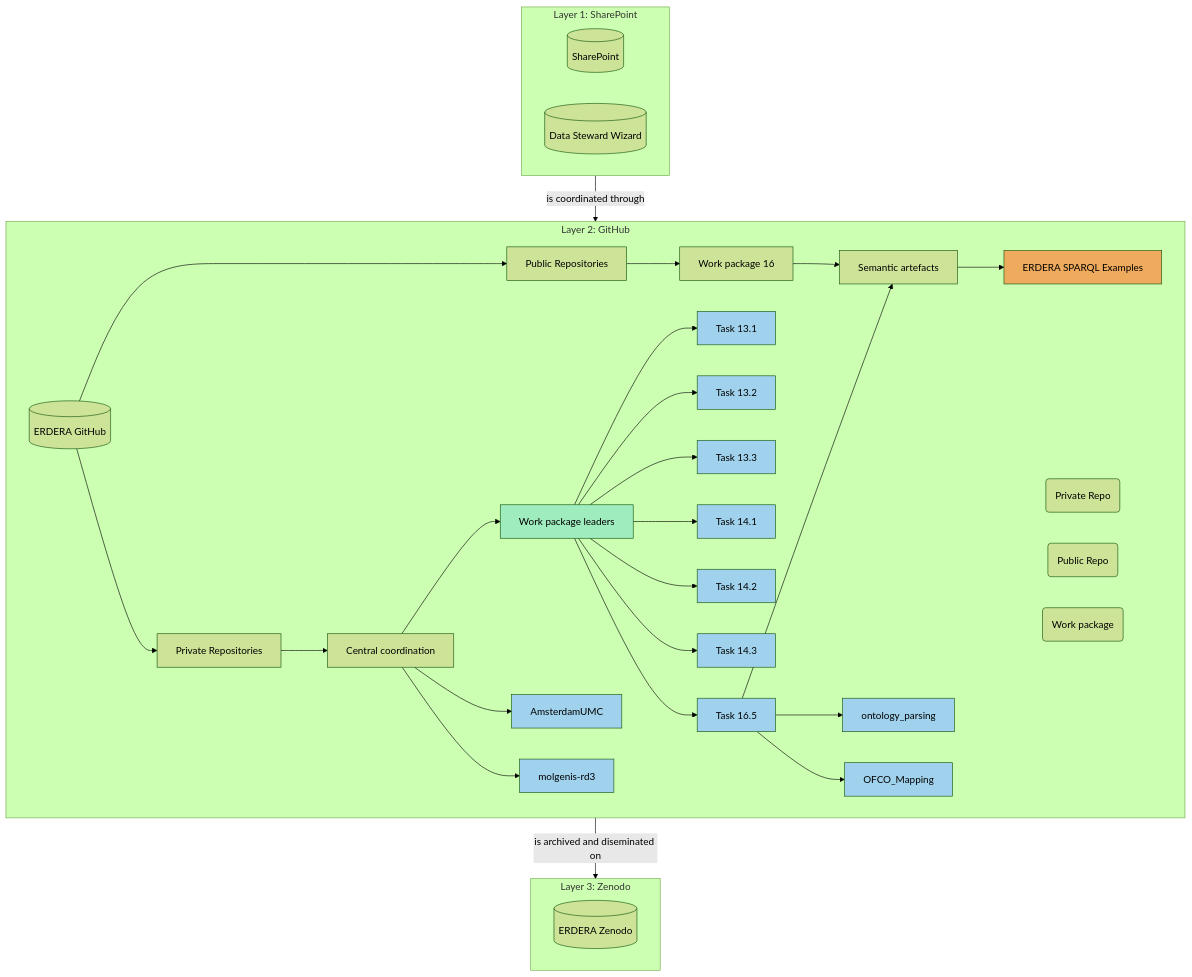
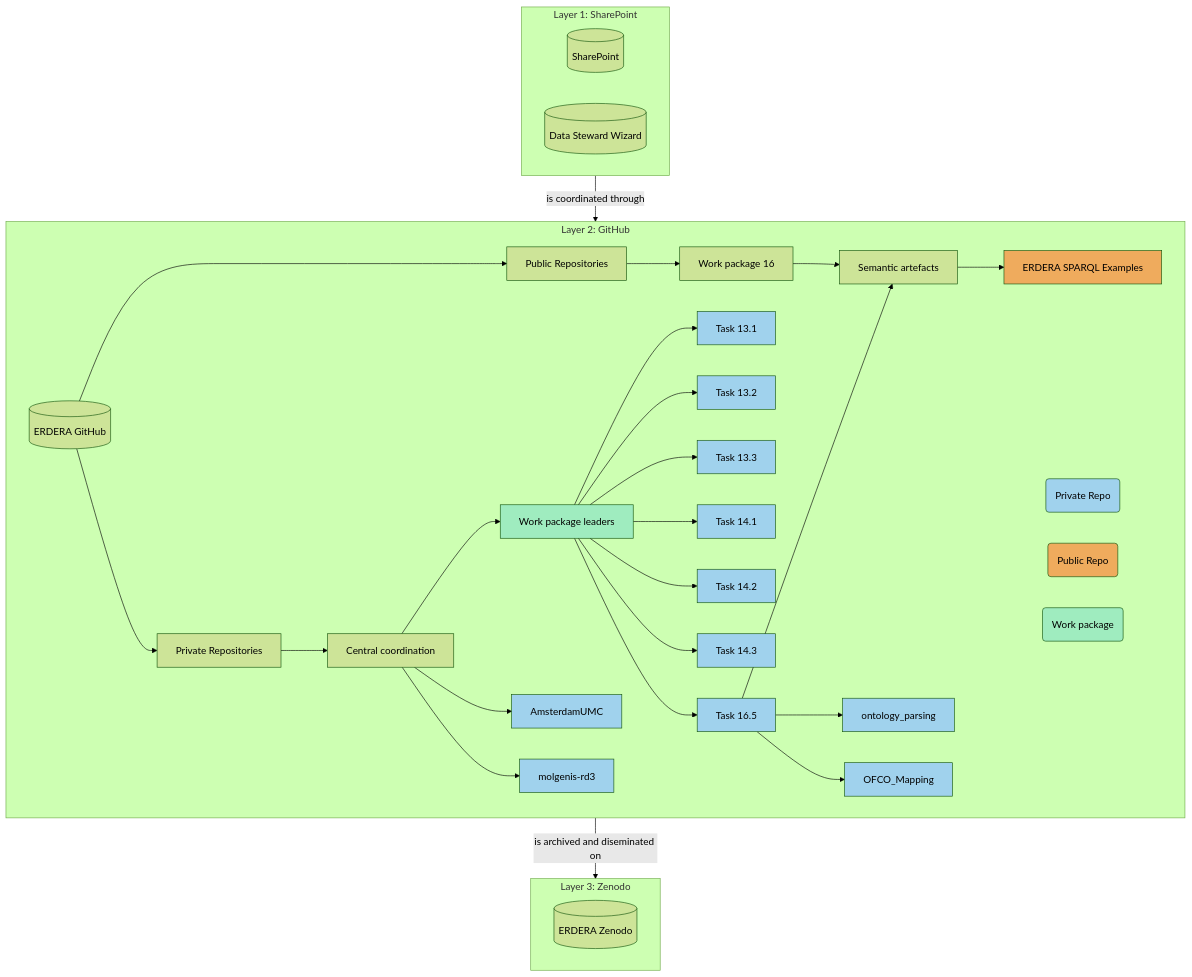
One commit to ERDERA/REPO-central-coordination changed the diagram in README.md. Above: the diagram before and after it, drawn with Mermaid (forest theme). The commit also changed other lines of this file, not shown here.

````diff
--- a/README.md
+++ b/README.md
@@ -75,69 +75,70 @@
 ```mermaid
 graph TD
     subgraph ClusterA [Layer 1: SharePoint]
         SP[(SharePoint)]
         DSW[(Data Steward Wizard)]
     end
 
     subgraph ClusterB [Layer 2: GitHub]
     direction LR
         EGH[(ERDERA GitHub)] --> PrivR[Private Repositories]
         EGH --> PubR[Public Repositories]  
         PubR --> WP16[Work package 16]
         WP16 --> SE[Semantic artefacts]
         
         SE --> SPARQLEX[ERDERA SPARQL Examples]
         PrivR --> CC[Central coordination]
         CC --> WPL[Work package leaders]
         CC --> AMC[AmsterdamUMC]
         CC --> MR[molgenis-rd3]
         WPL --> 13.1[Task 13.1]
         WPL --> 13.2[Task 13.2]
         WPL --> 13.3[Task 13.3]
         WPL --> 14.1[Task 14.1]
         WPL --> 14.2[Task 14.2]
         WPL --> 14.3[Task 14.3]
         WPL --> 16.5[Task 16.5]
         16.5 --> OP[ontology_parsing]
         16.5 --> SE
         16.5 --> OFCO[OFCO_Mapping]
     end
 
     subgraph ClusterC [Layer 3: Zenodo]
         EZD[(ERDERA Zenodo)]
     end
     
     ClusterA --> |is coordinated through| ClusterB
     ClusterB --> |is archived and diseminated on| ClusterC
 
     click OP "https://github.com/ERDERA/ontology_parsing"
     click OFCO "https://github.com/ERDERA/OFCO_Mapping"
     click SPARQLEX "https://github.com/ERDERA/sparql-examples"
     click 16.5 "https://github.com/ERDERA/Task-16.5-coordination"
     click 13.3 "https://github.com/ERDERA/Task-13.3"
     click 14.1 "https://github.com/ERDERA/Task-14.1-coordination"
     click 14.2 "https://github.com/ERDERA/Task-14.2"
     click 14.3 "https://github.com/ERDERA/Task-14.3"
     click 13.2 "https://github.com/ERDERA/Task-13.2"
     click 13.1 "https://github.com/ERDERA/Task-13.1"
     click MR "https://github.com/ERDERA/molgenis-rd3"
     click AMC "https://github.com/ERDERA/AmsterdamUMC"
 
+    %% Legend
+    subgraph ClusterB [Legend]
+        direction TB
+        Repo(Private Repo)
+        Repo2(Public Repo)
+        WP(Work package)
+    end
+
     %% Colors
     classDef repo2 fill:#efab5d
     classDef repo fill:#a0d2ed
     classDef wp fill:#9fecbf
 
     class 16.5,OP,OFCO,13.3,14.1,14.2,14.3,13.2,13.1,Repo,MR,AMC repo;
     class Repo2,SPARQLEX repo2;
     class WPL,WP wp;
 
-    %% Legend
-    subgraph ClusterB [Legend]
-        direction TB
-        Repo(Private Repo)
-        Repo2(Public Repo)
-        WP(Work package)
-    end
 
 ```
````
